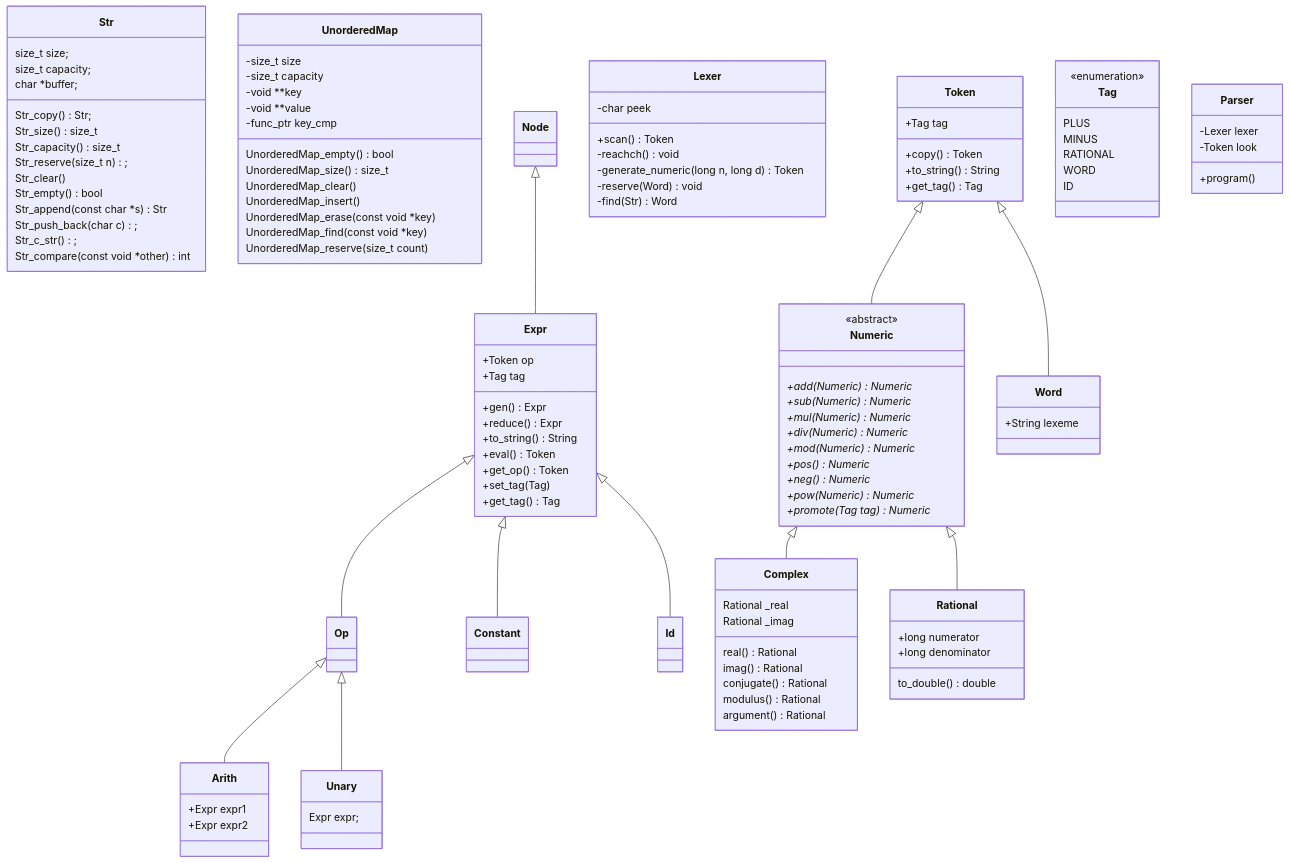
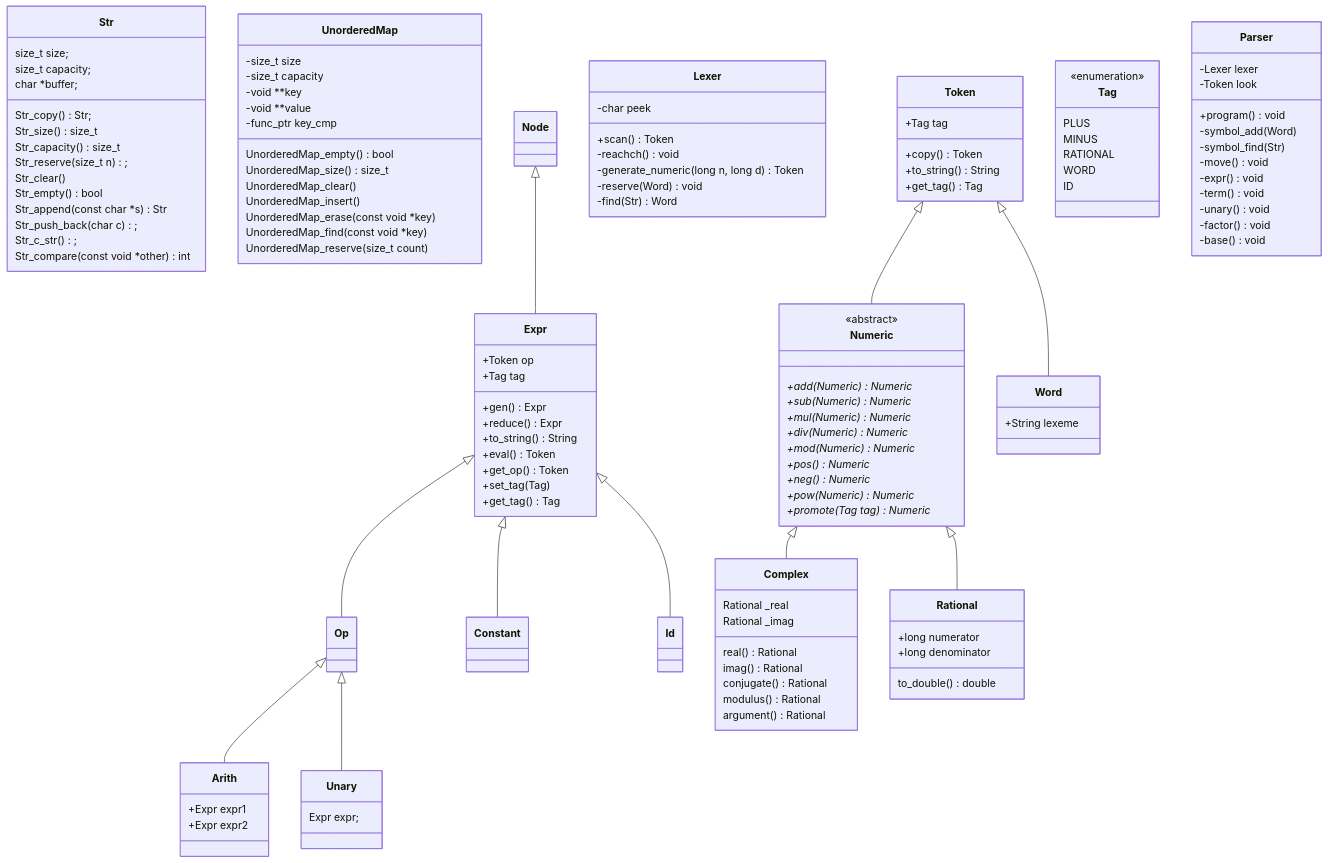
One commit to nwhean/42_computorv changed the diagram in diagram.md. Above: the diagram before and after it, drawn with Mermaid. The commit also changed 4 other files, not shown here.

````diff
--- a/diagram.md
+++ b/diagram.md
@@ -143,6 +143,14 @@
 	class Parser {
 		-Lexer lexer
 		-Token look
-		+program()
+		+program() void
+		-symbol_add(Word)
+		-symbol_find(Str)
+		-move() void
+		-expr() void
+		-term() void
+		-unary() void
+		-factor() void
+		-base() void
 	}
 ```
````
